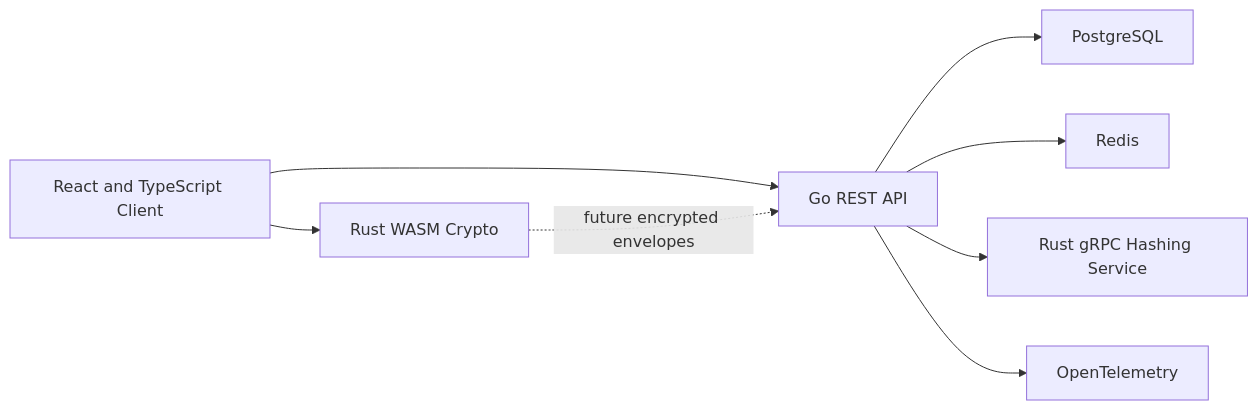
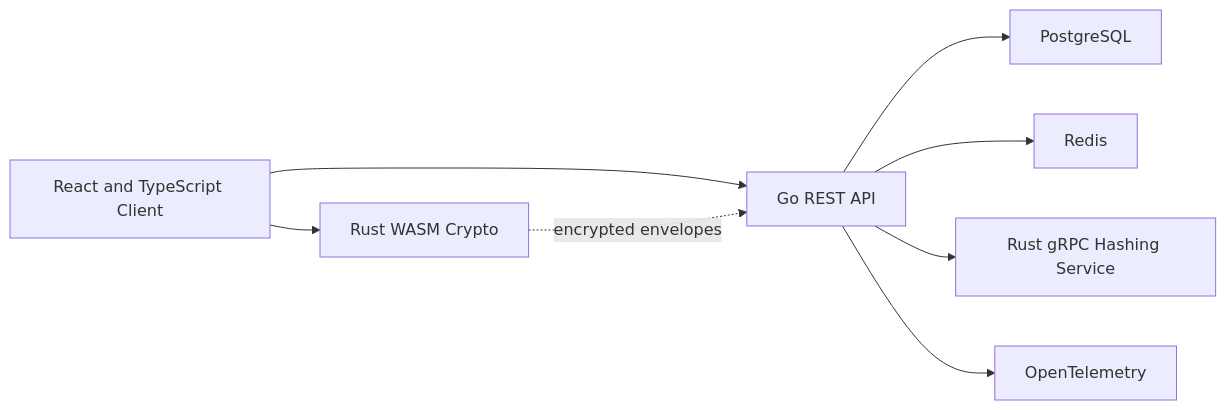
Before and after one commit to martinrgarciap/vaultforge: the diagram in README.md, drawn with Mermaid. The commit also changed other lines of this file and 71 other files, not shown here.

````diff
--- a/README.md
+++ b/README.md
@@ -15,10 +15,10 @@
 ```mermaid
 graph LR
     B["React and TypeScript Client"] --> A["Go REST API"]
     A --> P["PostgreSQL"]
     A --> R["Redis"]
     B --> W["Rust WASM Crypto"]
-    W -. "future encrypted envelopes" .-> A
+    W -. "encrypted envelopes" .-> A
     A --> H["Rust gRPC Hashing Service"]
     A --> O["OpenTelemetry"]
 ```
````
